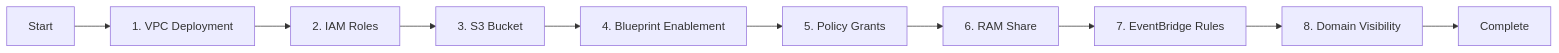
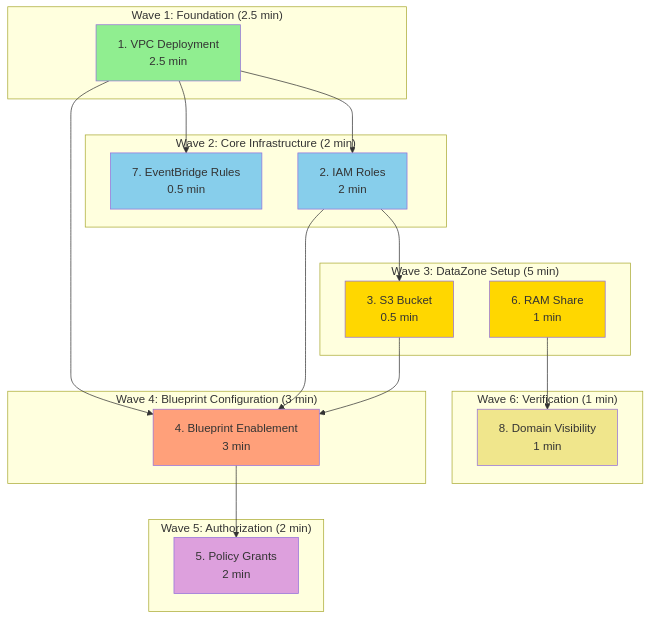
One commit to aws/Unified-Studio-for-Amazon-Sagemaker changed the fourth of 4 diagrams in experimental/AccountPoolFactory/.kiro/specs/setup-orchestrator/design.md. Above: the diagram before and after it, drawn with Mermaid. The commit also changed other lines of this file and 52 other files, not shown here.

````diff
--- a/experimental/AccountPoolFactory/.kiro/specs/setup-orchestrator/design.md
+++ b/experimental/AccountPoolFactory/.kiro/specs/setup-orchestrator/design.md
@@ -545,12 +548,46 @@
 ```mermaid
-graph LR
-    START[Start] --> VPC[1. VPC Deployment]
-    VPC --> IAM[2. IAM Roles]
-    IAM --> S3[3. S3 Bucket]
-    S3 --> BP[4. Blueprint Enablement]
-    BP --> GRANTS[5. Policy Grants]
-    GRANTS --> RAM[6. RAM Share]
-    RAM --> EB[7. EventBridge Rules]
-    EB --> VERIFY[8. Domain Visibility]
-    VERIFY --> END[Complete]
+graph TB
+    subgraph "Wave 1: Foundation (2.5 min)"
+        VPC[1. VPC Deployment<br/>2.5 min]
+    end
+    
+    subgraph "Wave 2: Core Infrastructure (2 min)"
+        IAM[2. IAM Roles<br/>2 min]
+        EB[7. EventBridge Rules<br/>0.5 min]
+    end
+    
+    subgraph "Wave 3: DataZone Setup (5 min)"
+        S3[3. S3 Bucket<br/>0.5 min]
+        RAM[6. RAM Share<br/>1 min]
+    end
+    
+    subgraph "Wave 4: Blueprint Configuration (3 min)"
+        BP[4. Blueprint Enablement<br/>3 min]
+    end
+    
+    subgraph "Wave 5: Authorization (2 min)"
+        GRANTS[5. Policy Grants<br/>2 min]
+    end
+    
+    subgraph "Wave 6: Verification (1 min)"
+        VERIFY[8. Domain Visibility<br/>1 min]
+    end
+    
+    VPC --> IAM
+    VPC --> EB
+    IAM --> S3
+    IAM --> BP
+    VPC --> BP
+    S3 --> BP
+    BP --> GRANTS
+    RAM --> VERIFY
+    
+    style VPC fill:#90EE90
+    style IAM fill:#87CEEB
+    style EB fill:#87CEEB
+    style S3 fill:#FFD700
+    style RAM fill:#FFD700
+    style BP fill:#FFA07A
+    style GRANTS fill:#DDA0DD
+    style VERIFY fill:#F0E68C
 ```
````
